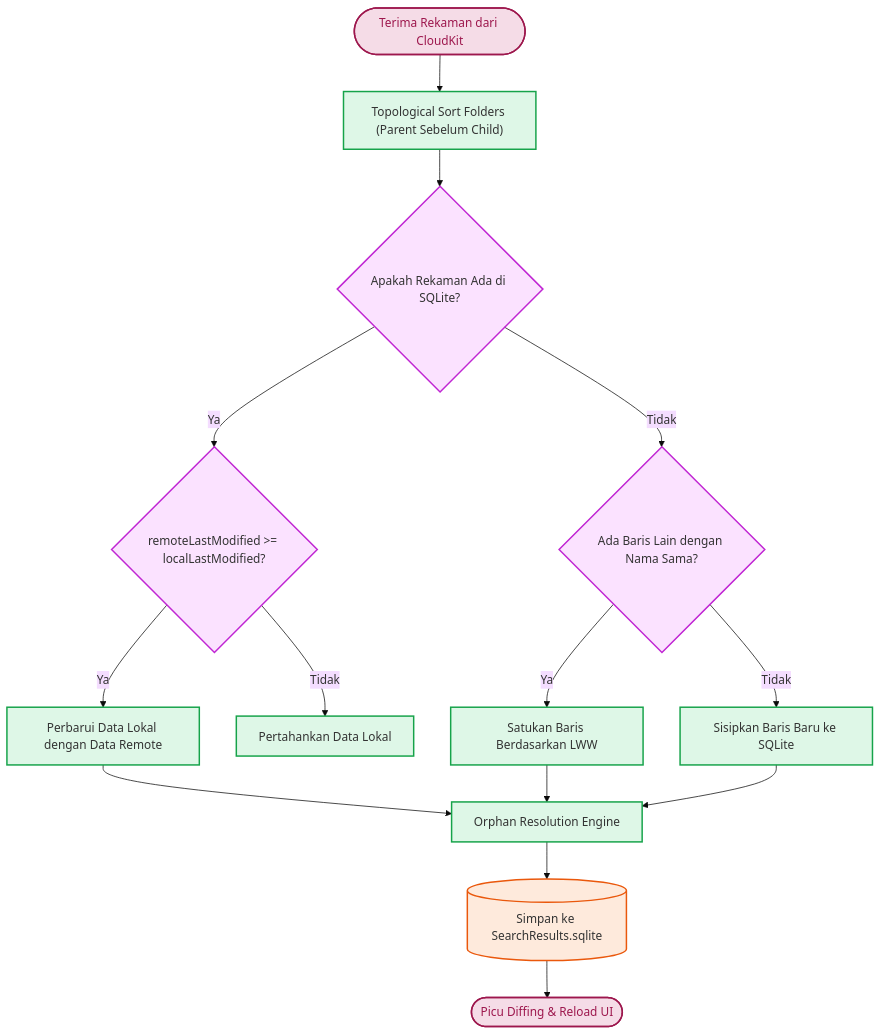
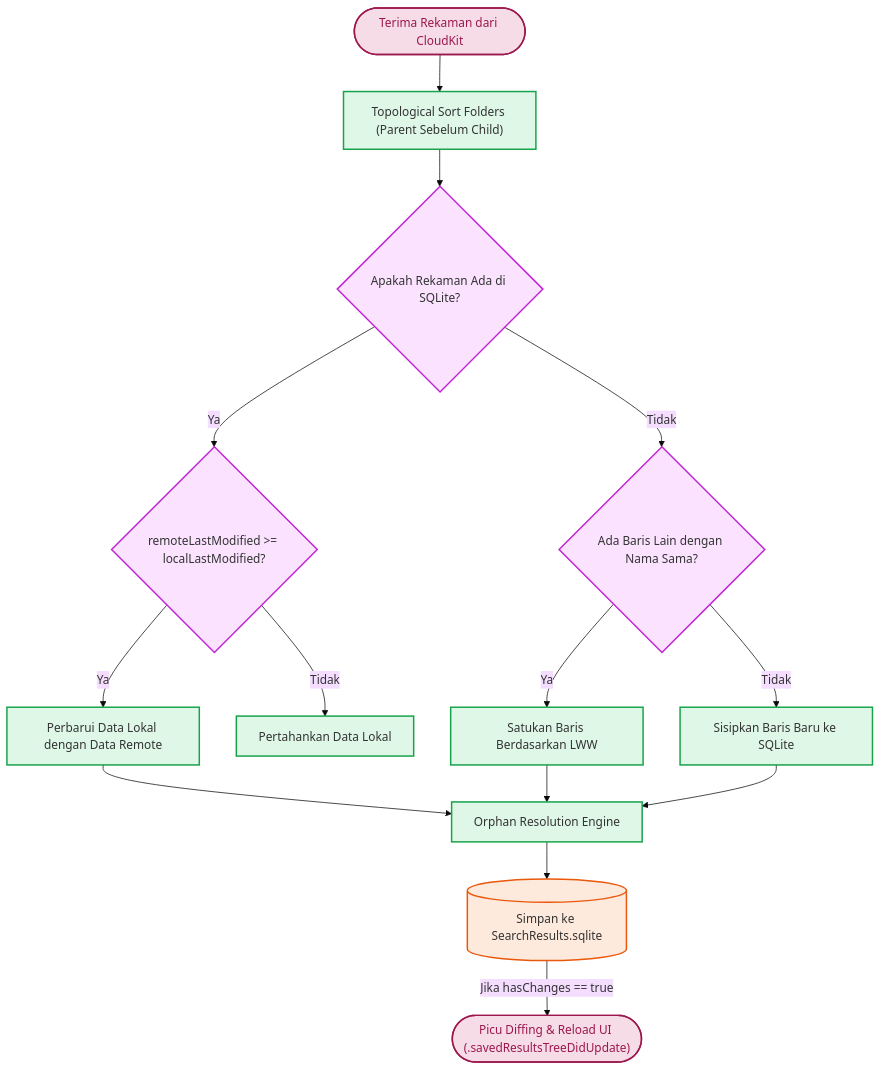
Before and after one commit to bismillah-100/Maktabah: the third of 3 diagrams in docs/features/bookmarks/database.md, drawn with Mermaid (base theme). The commit also changed other lines of this file, not shown here.

First line of the commit message:
docs(bookmarks): update orphan signatures and conditional notification flow

````diff
--- a/docs/features/bookmarks/database.md
+++ b/docs/features/bookmarks/database.md
@@ -223,31 +227,31 @@
 ```mermaid
 flowchart TD
     Remote(["Terima Rekaman dari CloudKit"]) --> Topo["Topological Sort Folders (Parent Sebelum Child)"]
     Topo --> CheckExisting{"Apakah Rekaman Ada di SQLite?"}
     
     CheckExisting -->|"Ya"| CompareTime{"remoteLastModified >= localLastModified?"}
     CompareTime -->|"Ya"| UpdateLocal["Perbarui Data Lokal dengan Data Remote"]
     CompareTime -->|"Tidak"| DropRemote["Pertahankan Data Lokal"]
     
     CheckExisting -->|"Tidak"| CheckConflict{"Ada Baris Lain dengan Nama Sama?"}
     CheckConflict -->|"Ya"| ResolveConflict["Satukan Baris Berdasarkan LWW"]
     CheckConflict -->|"Tidak"| InsertNew["Sisipkan Baris Baru ke SQLite"]
     
     UpdateLocal --> OrphanFix["Orphan Resolution Engine"]
     ResolveConflict --> OrphanFix
     InsertNew --> OrphanFix
     
     OrphanFix --> Persist[("Simpan ke SearchResults.sqlite")]
-    Persist --> Notify(["Picu Diffing & Reload UI"])
+    Persist -->|"Jika hasChanges == true"| Notify(["Picu Diffing & Reload UI (.savedResultsTreeDidUpdate)"])
 
     classDef ui fill:#e040fb26,stroke:#c026d3,stroke-width:2px;
     classDef vm fill:#3b82f626,stroke:#2563eb,stroke-width:2px;
     classDef store fill:#22c55e26,stroke:#16a34a,stroke-width:2px;
     classDef db fill:#f9731626,stroke:#ea580c,stroke-width:2px;
     classDef event fill:#be185d26,stroke:#9d174d,stroke-width:2px,color:#9d174d;
 
     class Remote,Notify event;
     class Topo,UpdateLocal,DropRemote,ResolveConflict,InsertNew,OrphanFix store;
     class CheckExisting,CompareTime,CheckConflict ui;
     class Persist db;
 ```
````
